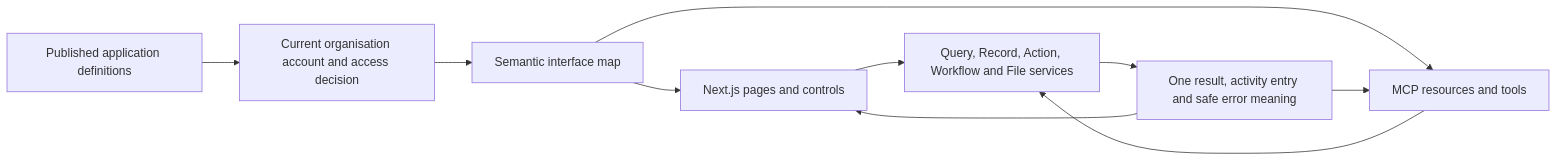
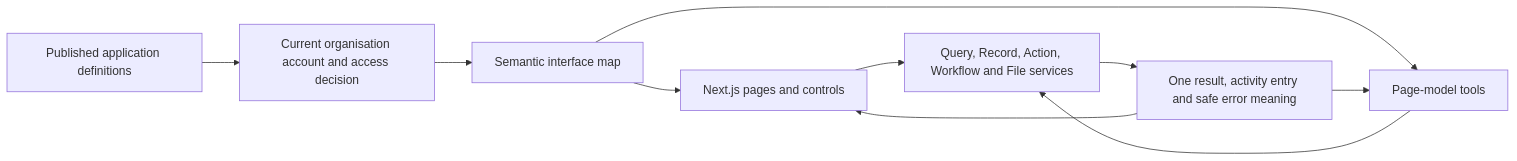
Before and after one commit to Abzum-NZ/Abzum-Vortex: the second of 3 diagrams in docs/specification/07-applications-pages-and-themes.md, drawn with Mermaid. The commit also changed other lines of this file and 50 other files, not shown here.

````diff
--- a/docs/specification/07-applications-pages-and-themes.md
+++ b/docs/specification/07-applications-pages-and-themes.md
@@ -87,12 +87,12 @@
 ```mermaid
 flowchart LR
     DEF[Published application definitions] --> ACCESS[Current organisation account and access decision]
     ACCESS --> MAP[Semantic interface map]
     MAP --> WEB[Next.js pages and controls]
-    MAP --> MCP[MCP resources and tools]
+    MAP --> AGENT[Page-model tools]
     WEB --> SERVICE[Query, Record, Action, Workflow and File services]
-    MCP --> SERVICE
+    AGENT --> SERVICE
     SERVICE --> RESULT[One result, activity entry and safe error meaning]
     RESULT --> WEB
-    RESULT --> MCP
+    RESULT --> AGENT
 ```
````
